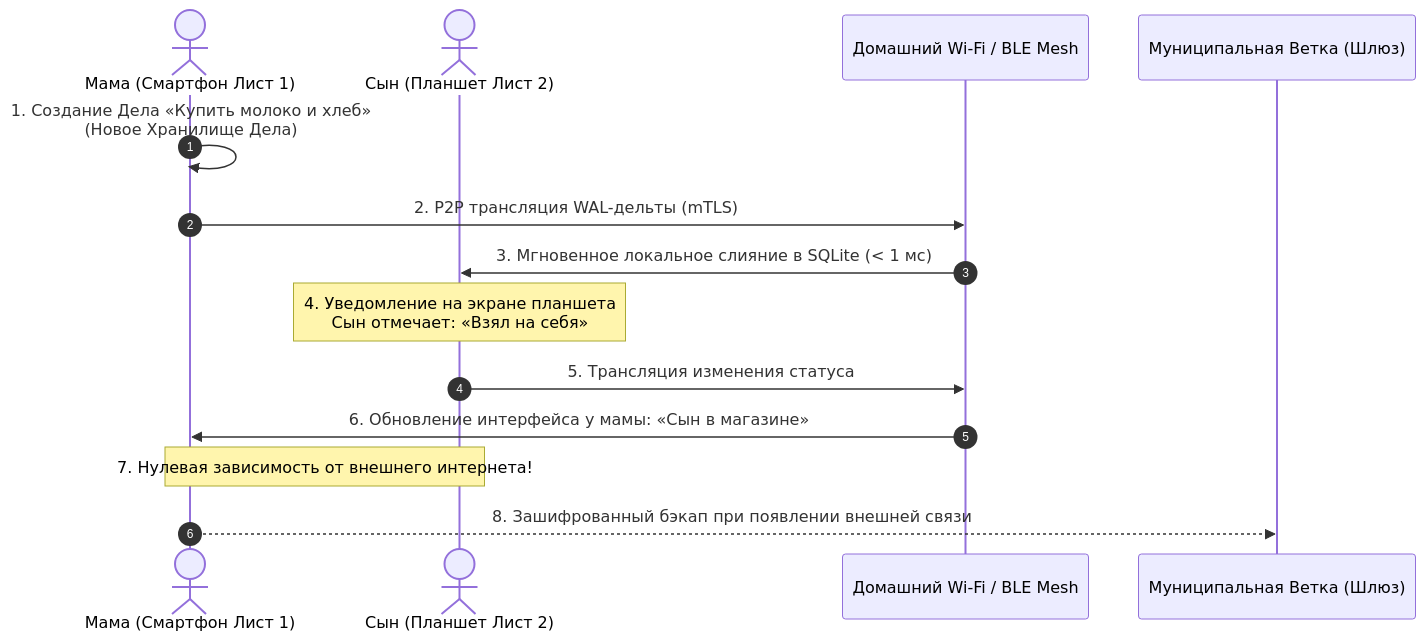
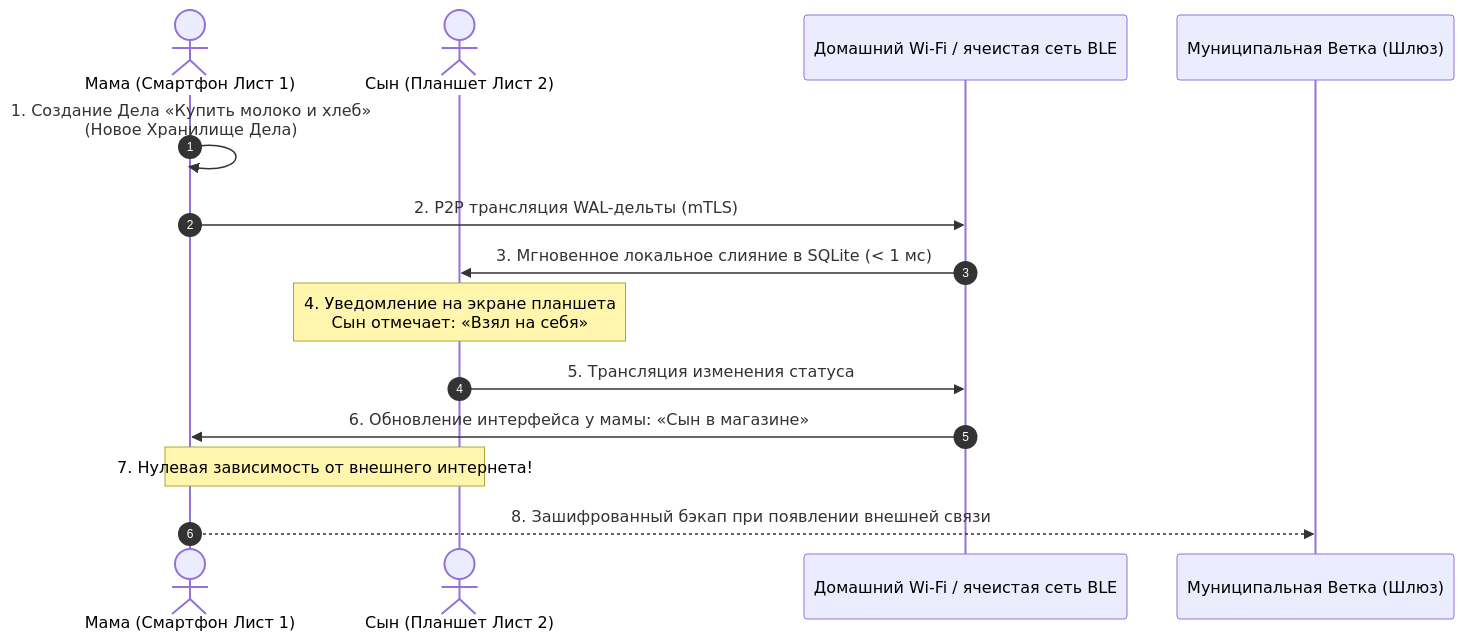
The seventh of 10 diagrams in shared_docs/whitepapers/applications/gogetter/GoGetter_architecture_and_functionality.md (Data-Independence-Network/presentations), drawn with Mermaid before and after one commit. The commit also changed other lines of this file and 10 other files, not shown here.

````diff
--- a/shared_docs/whitepapers/applications/gogetter/GoGetter_architecture_and_functionality.md
+++ b/shared_docs/whitepapers/applications/gogetter/GoGetter_architecture_and_functionality.md
@@ -852,17 +852,17 @@
 ```mermaid
 sequenceDiagram
     autonumber
     actor Mom as Мама (Смартфон Лист 1)
     actor Son as Сын (Планшет Лист 2)
-    participant LocalMesh as Домашний Wi-Fi / BLE Mesh
+    participant LocalMesh as Домашний Wi-Fi / ячеистая сеть BLE
     participant MunBranch as Муниципальная Ветка (Шлюз)
 
     Mom->>Mom: 1. Создание Дела «Купить молоко и хлеб»<br/>(Новое Хранилище Дела)
     Mom->>LocalMesh: 2. P2P трансляция WAL-дельты (mTLS)
     LocalMesh->>Son: 3. Мгновенное локальное слияние в SQLite (< 1 мс)
     Note over Son: 4. Уведомление на экране планшета<br/>Сын отмечает: «Взял на себя»
     Son->>LocalMesh: 5. Трансляция изменения статуса
     LocalMesh->>Mom: 6. Обновление интерфейса у мамы: «Сын в магазине»
     Note over Mom,Son: 7. Нулевая зависимость от внешнего интернета!
     Mom-->>MunBranch: 8. Зашифрованный бэкап при появлении внешней связи
 ```
````
